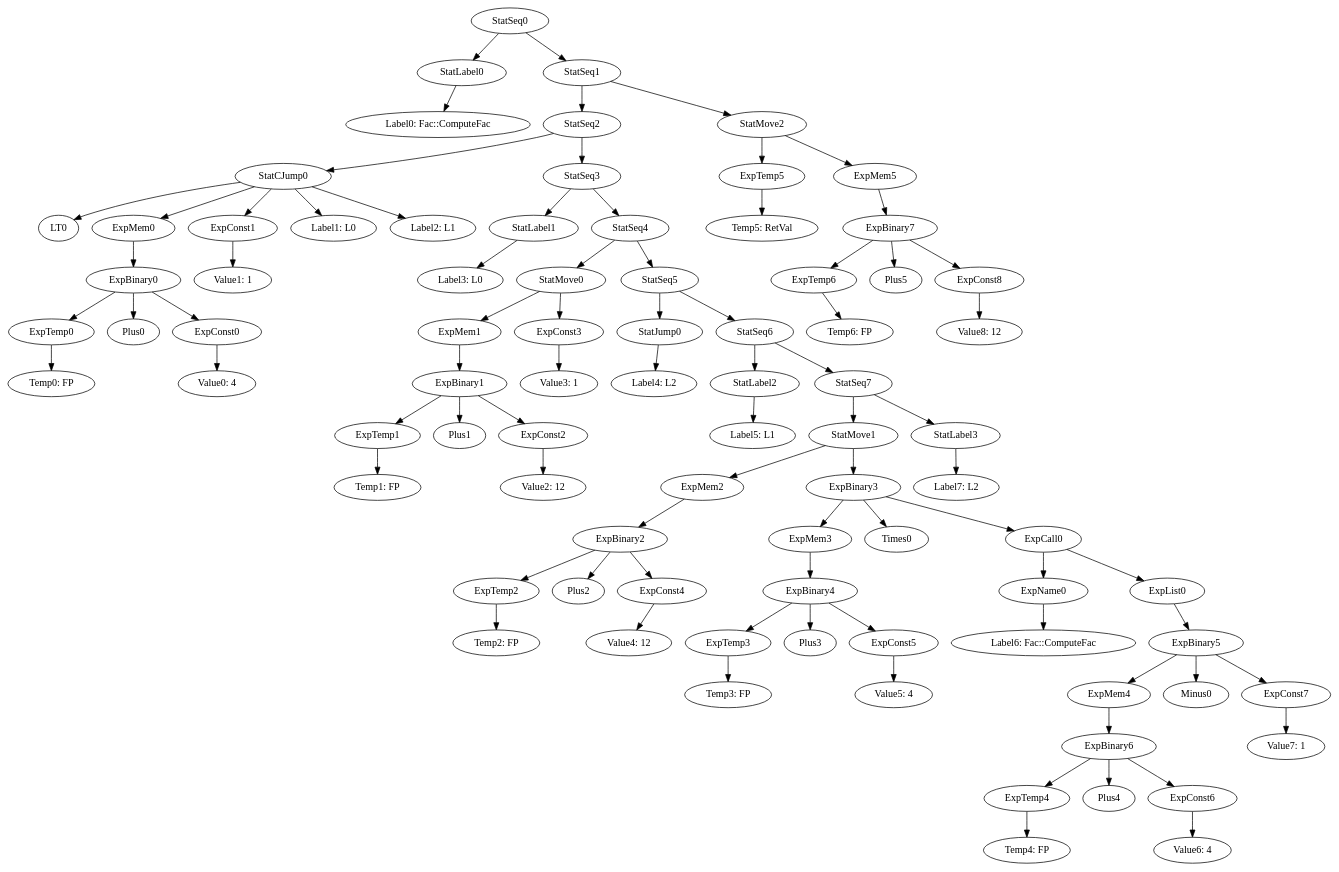
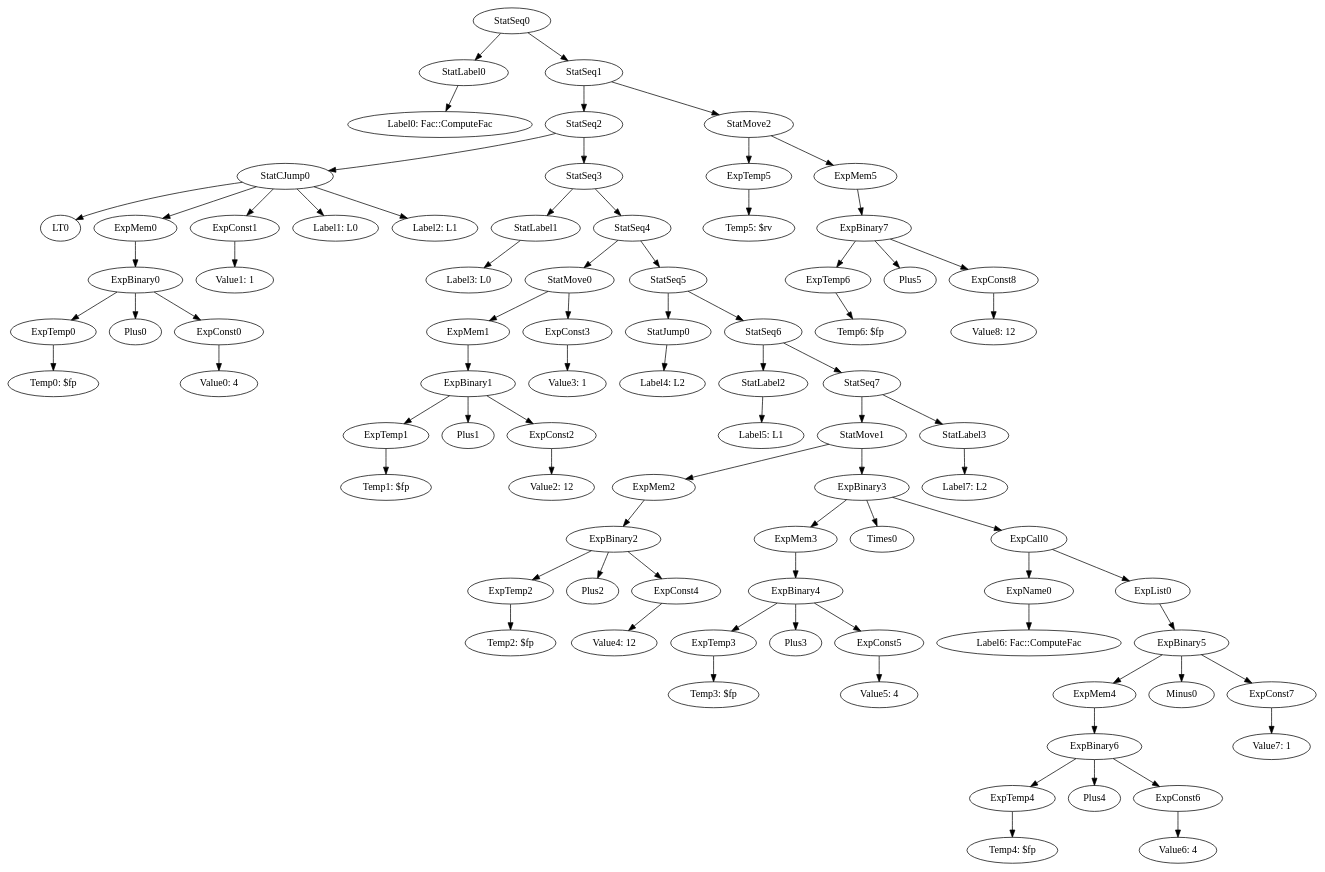
Before and after one commit to team-compilers/compilers: the diagram in MiniJava/results/SamplesCorrect/Factorial/irtCanon_Fac::ComputeFac.gv, drawn with Graphviz. The commit also changed 340 other files, not shown here.

```diff
--- a/MiniJava/results/SamplesCorrect/Factorial/irtCanon_Fac::ComputeFac.gv
+++ b/MiniJava/results/SamplesCorrect/Factorial/irtCanon_Fac::ComputeFac.gv
@@ -1,85 +1,85 @@
 digraph {
 	ordering = out;
 	ExpBinary7 -> ExpTemp6;
 	ExpBinary7 -> Plus5;
 	ExpBinary7 -> ExpConst8;
-	ExpTemp6 -> "Temp6: FP";
+	ExpTemp6 -> "Temp6: $fp";
 	StatSeq5 -> StatJump0;
 	StatSeq5 -> StatSeq6;
 	StatMove1 -> ExpMem2;
 	StatMove1 -> ExpBinary3;
 	StatLabel2 -> "Label5: L1";
 	StatJump0 -> "Label4: L2";
 	StatSeq4 -> StatMove0;
 	StatSeq4 -> StatSeq5;
 	StatLabel1 -> "Label3: L0";
 	ExpMem2 -> ExpBinary2;
 	ExpCall0 -> ExpName0;
 	ExpCall0 -> ExpList0;
 	ExpConst3 -> "Value3: 1";
 	ExpConst7 -> "Value7: 1";
-	ExpTemp1 -> "Temp1: FP";
+	ExpTemp1 -> "Temp1: $fp";
 	StatSeq0 -> StatLabel0;
 	StatSeq0 -> StatSeq1;
-	ExpTemp5 -> "Temp5: RetVal";
+	ExpTemp5 -> "Temp5: $rv";
 	StatSeq6 -> StatLabel2;
 	StatSeq6 -> StatSeq7;
-	ExpTemp3 -> "Temp3: FP";
+	ExpTemp3 -> "Temp3: $fp";
 	StatMove0 -> ExpMem1;
 	StatMove0 -> ExpConst3;
 	StatSeq3 -> StatLabel1;
 	StatSeq3 -> StatSeq4;
-	ExpTemp0 -> "Temp0: FP";
+	ExpTemp0 -> "Temp0: $fp";
 	StatSeq7 -> StatMove1;
 	StatSeq7 -> StatLabel3;
 	ExpBinary0 -> ExpTemp0;
 	ExpBinary0 -> Plus0;
 	ExpBinary0 -> ExpConst0;
 	ExpMem4 -> ExpBinary6;
 	ExpBinary1 -> ExpTemp1;
 	ExpBinary1 -> Plus1;
 	ExpBinary1 -> ExpConst2;
 	ExpMem0 -> ExpBinary0;
 	ExpBinary6 -> ExpTemp4;
 	ExpBinary6 -> Plus4;
 	ExpBinary6 -> ExpConst6;
 	StatSeq2 -> StatCJump0;
 	StatSeq2 -> StatSeq3;
 	ExpMem1 -> ExpBinary1;
 	ExpConst6 -> "Value6: 4";
 	ExpConst1 -> "Value1: 1";
 	StatSeq1 -> StatSeq2;
 	StatSeq1 -> StatMove2;
-	ExpTemp2 -> "Temp2: FP";
+	ExpTemp2 -> "Temp2: $fp";
 	ExpMem5 -> ExpBinary7;
 	StatLabel0 -> "Label0: Fac::ComputeFac";
 	ExpBinary2 -> ExpTemp2;
 	ExpBinary2 -> Plus2;
 	ExpBinary2 -> ExpConst4;
 	ExpConst0 -> "Value0: 4";
 	ExpBinary4 -> ExpTemp3;
 	ExpBinary4 -> Plus3;
 	ExpBinary4 -> ExpConst5;
 	ExpConst5 -> "Value5: 4";
 	ExpConst2 -> "Value2: 12";
 	ExpBinary3 -> ExpMem3;
 	ExpBinary3 -> Times0;
 	ExpBinary3 -> ExpCall0;
 	ExpMem3 -> ExpBinary4;
 	ExpName0 -> "Label6: Fac::ComputeFac";
-	ExpTemp4 -> "Temp4: FP";
+	ExpTemp4 -> "Temp4: $fp";
 	ExpBinary5 -> ExpMem4;
 	ExpBinary5 -> Minus0;
 	ExpBinary5 -> ExpConst7;
 	StatCJump0 -> LT0;
 	StatCJump0 -> ExpMem0;
 	StatCJump0 -> ExpConst1;
 	StatCJump0 -> "Label1: L0";
 	StatCJump0 -> "Label2: L1";
 	ExpList0 -> ExpBinary5;
 	ExpConst8 -> "Value8: 12";
 	ExpConst4 -> "Value4: 12";
 	StatLabel3 -> "Label7: L2";
 	StatMove2 -> ExpTemp5;
 	StatMove2 -> ExpMem5;
 }
```
